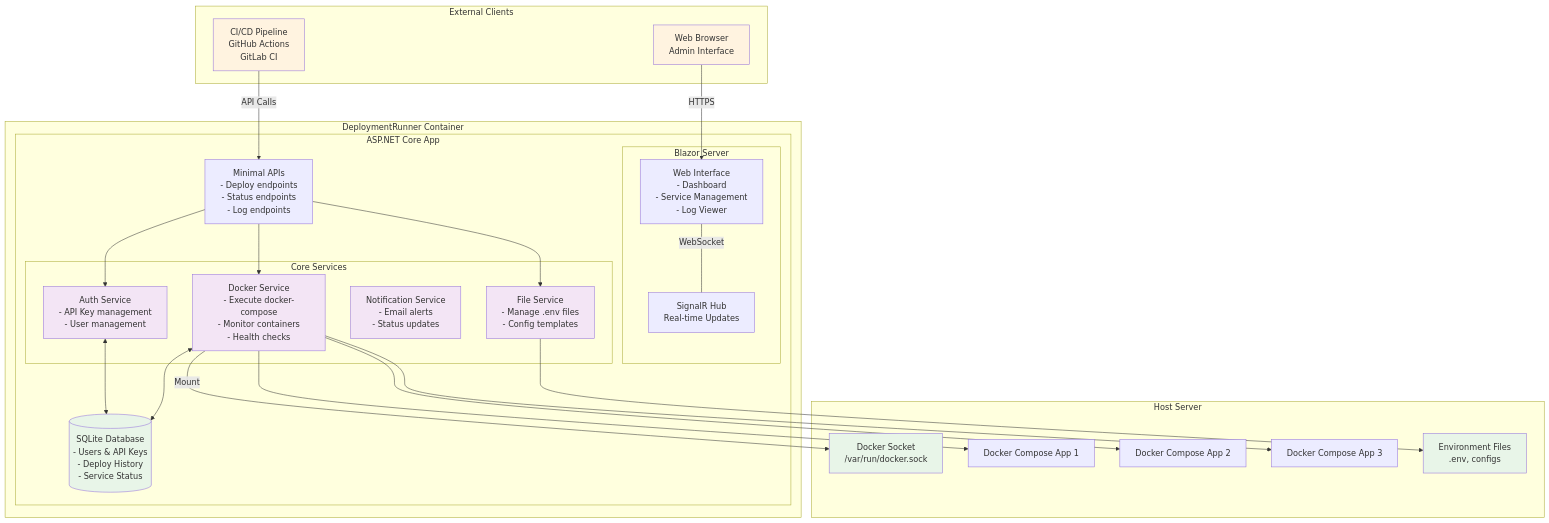
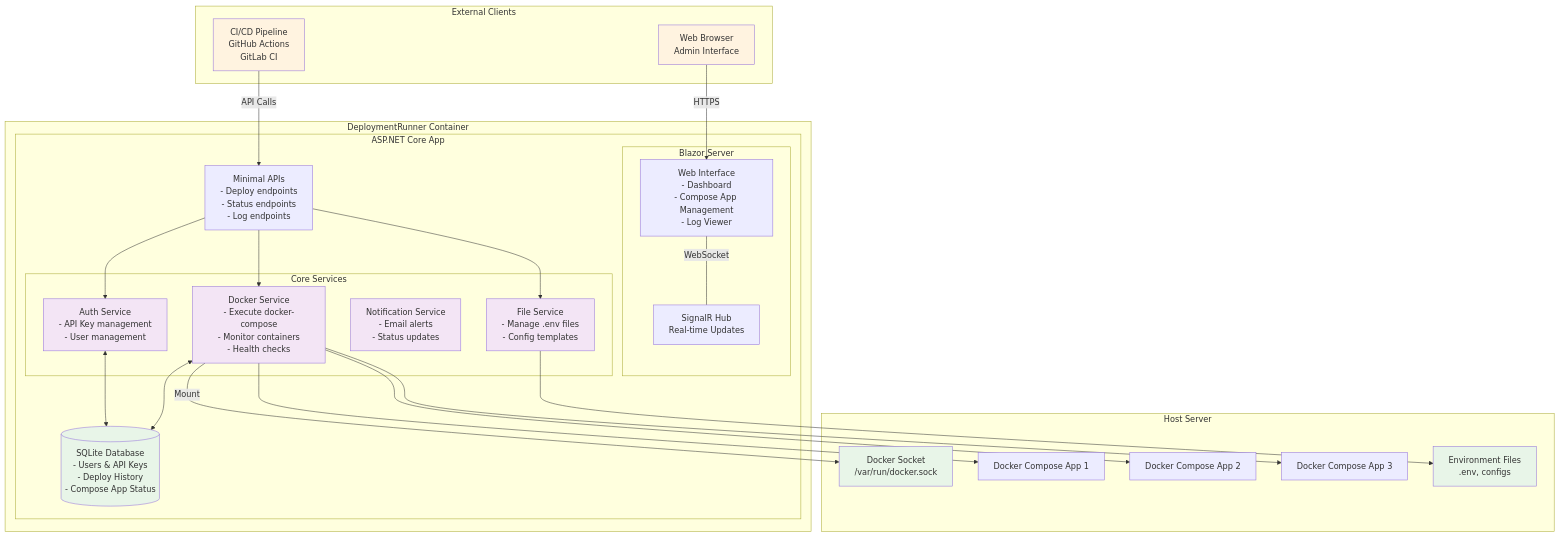
Before and after one commit to BernhardPollerspoeck/OnPremCompose: the diagram in README.md, drawn with Mermaid. The commit also changed other lines of this file, not shown here.

Commit message:
Fix terminology: clarify compose applications vs individual services/containers

````diff
--- a/README.md
+++ b/README.md
@@ -22,63 +22,63 @@
 ```mermaid
 graph TB
     subgraph "Host Server"
         DS[Docker Socket<br/>/var/run/docker.sock]
         DC1[Docker Compose App 1]
         DC2[Docker Compose App 2]
         DC3[Docker Compose App 3]
         ENV[Environment Files<br/>.env, configs]
     end
 
     subgraph "DeploymentRunner Container"
         subgraph "ASP.NET Core App"
             API[Minimal APIs<br/>- Deploy endpoints<br/>- Status endpoints<br/>- Log endpoints]
             
             subgraph "Blazor Server"
-                UI[Web Interface<br/>- Dashboard<br/>- Service Management<br/>- Log Viewer]
+                UI[Web Interface<br/>- Dashboard<br/>- Compose App Management<br/>- Log Viewer]
                 HUB[SignalR Hub<br/>Real-time Updates]
             end
             
             subgraph "Core Services"
                 DS_SVC[Docker Service<br/>- Execute docker-compose<br/>- Monitor containers<br/>- Health checks]
                 FILE_SVC[File Service<br/>- Manage .env files<br/>- Config templates]
                 NOTIFY[Notification Service<br/>- Email alerts<br/>- Status updates]
                 AUTH[Auth Service<br/>- API Key management<br/>- User management]
             end
             
-            DB[(SQLite Database<br/>- Users & API Keys<br/>- Deploy History<br/>- Service Status)]
+            DB[(SQLite Database<br/>- Users & API Keys<br/>- Deploy History<br/>- Compose App Status)]
         end
     end
 
     subgraph "External Clients"
         CI[CI/CD Pipeline<br/>GitHub Actions<br/>GitLab CI]
         BROWSER[Web Browser<br/>Admin Interface]
     end
 
     %% Connections
     CI -->|API Calls| API
     BROWSER -->|HTTPS| UI
     UI ---|WebSocket| HUB
     
     API --> DS_SVC
     API --> FILE_SVC
     API --> AUTH
     
     DS_SVC -->|Mount| DS
     DS_SVC --> DC1
     DS_SVC --> DC2
     DS_SVC --> DC3
     
     FILE_SVC --> ENV
     
     AUTH <--> DB
     DS_SVC <--> DB
 
     classDef container fill:#e1f5fe
     classDef service fill:#f3e5f5
     classDef external fill:#fff3e0
     classDef storage fill:#e8f5e8
     
     class DS_SVC,FILE_SVC,NOTIFY,AUTH service
     class CI,BROWSER external
     class DB,DS,ENV storage
 ```
````
